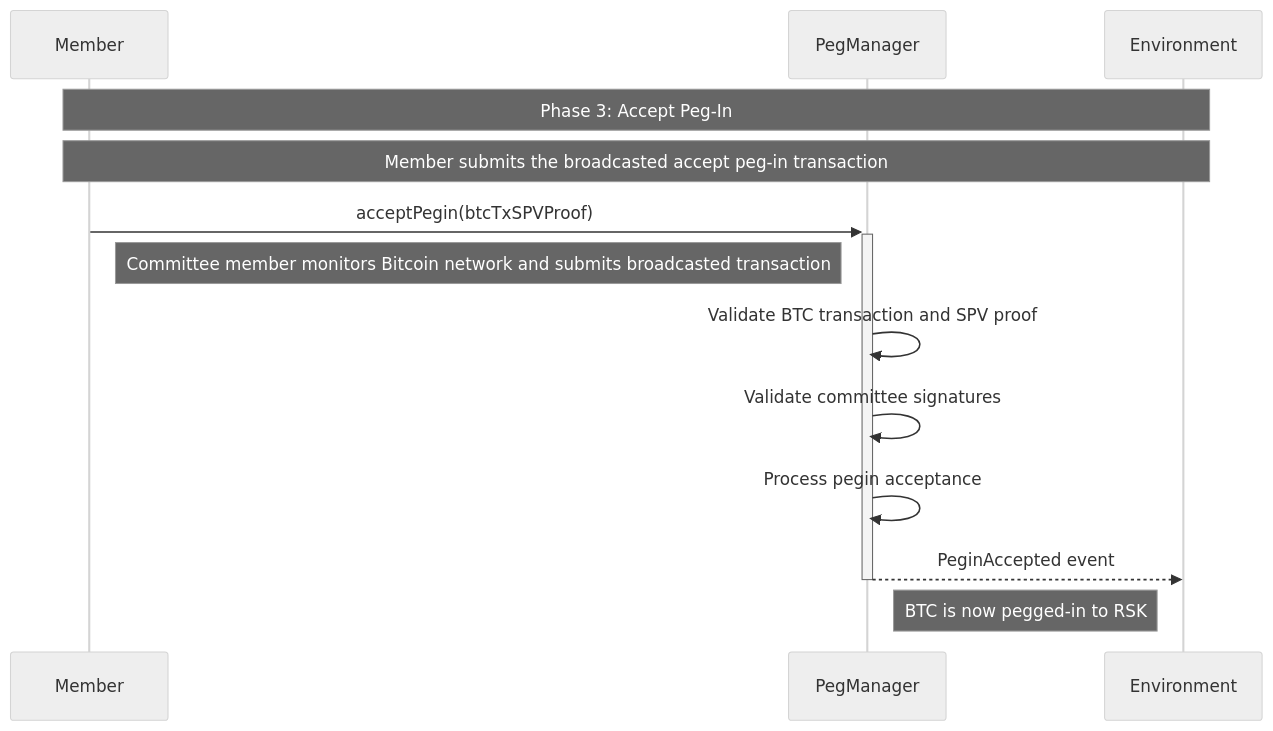
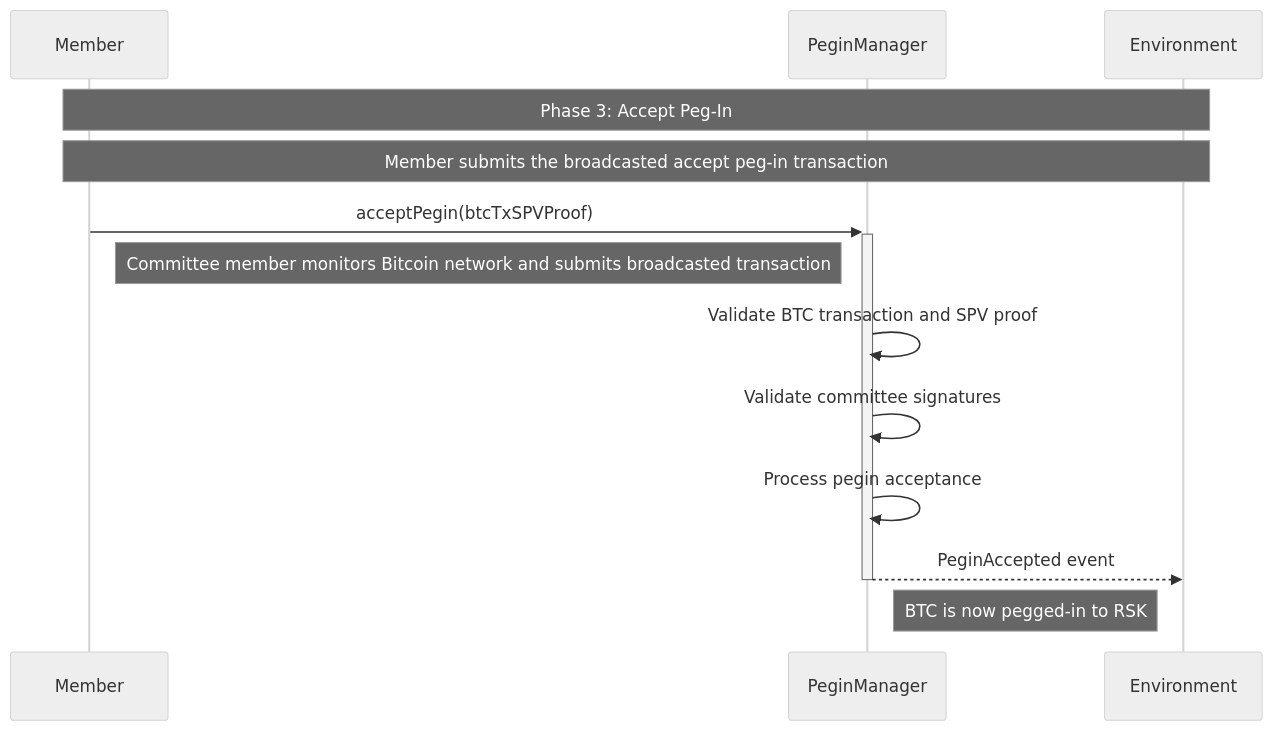
Before and after one commit to rsksmart/union-bridge-contracts: the seventh of 12 diagrams in README.md, drawn with Mermaid (neutral theme). The commit also changed other lines of this file, not shown here.

````diff
--- a/README.md
+++ b/README.md
@@ -398,17 +398,17 @@
 ```mermaid
 sequenceDiagram
     participant M as Member
-    participant PM as PegManager
+    participant PIM as PeginManager
     participant ENV as Environment
 
     Note over M,ENV: Phase 3: Accept Peg-In
     Note over M,ENV: Member submits the broadcasted accept peg-in transaction
 
-    M->>+PM: acceptPegin(btcTxSPVProof)
+    M->>+PIM: acceptPegin(btcTxSPVProof)
     Note right of M: Committee member monitors Bitcoin network and submits broadcasted transaction
-    PM->>PM: Validate BTC transaction and SPV proof
-    PM->>PM: Validate committee signatures
-    PM->>PM: Process pegin acceptance
-    PM-->>-ENV: PeginAccepted event
-    Note right of PM: BTC is now pegged-in to RSK
+    PIM->>PIM: Validate BTC transaction and SPV proof
+    PIM->>PIM: Validate committee signatures
+    PIM->>PIM: Process pegin acceptance
+    PIM-->>-ENV: PeginAccepted event
+    Note right of PIM: BTC is now pegged-in to RSK
 ```
````
